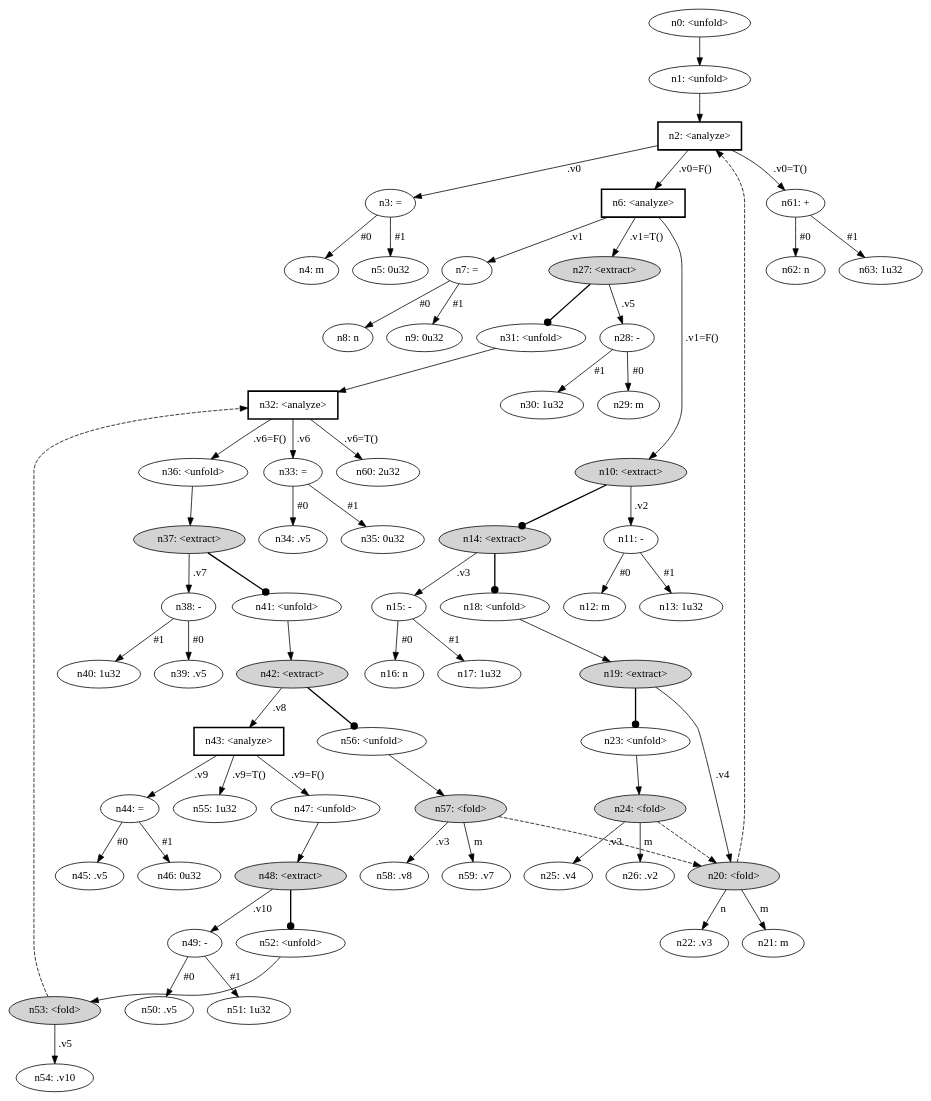
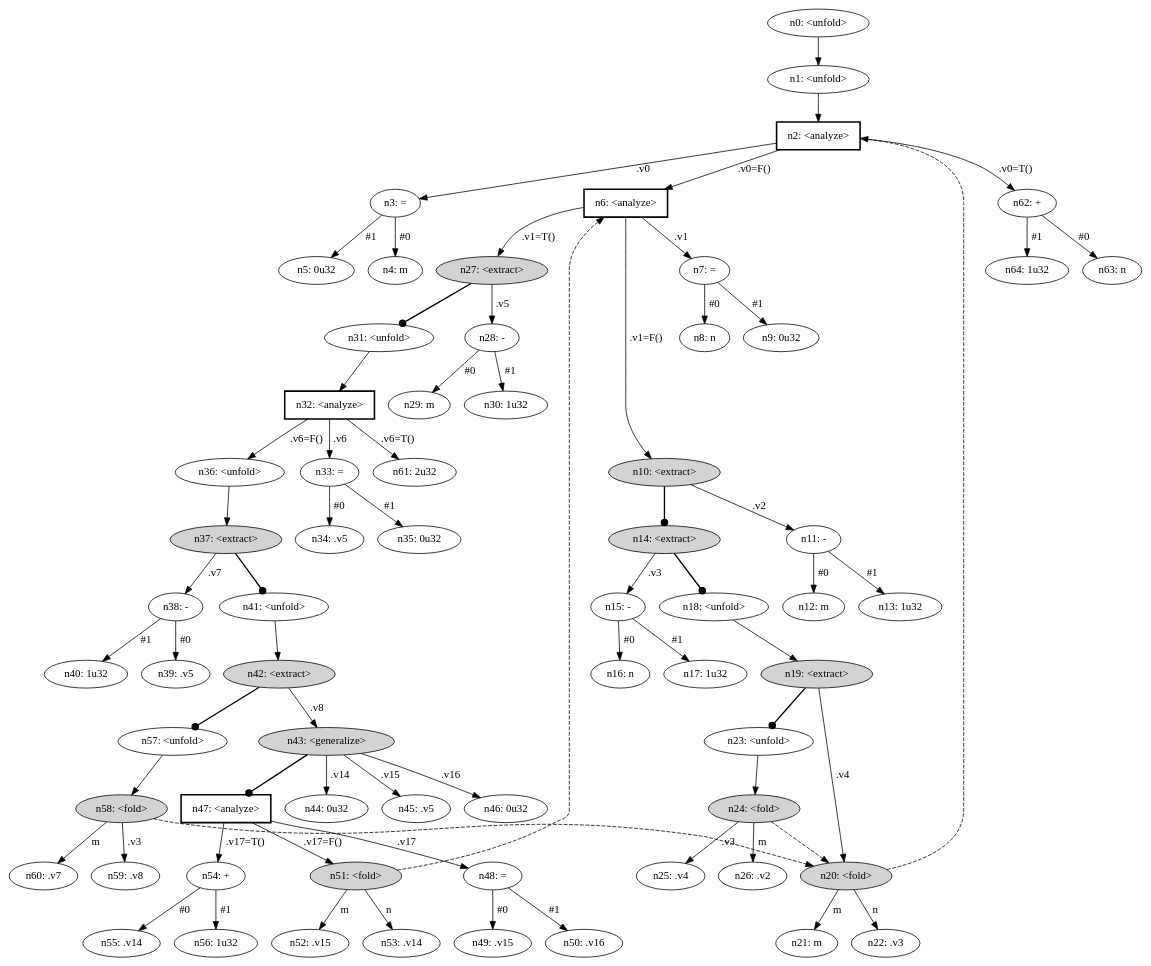
Before and after one commit to hirrolot/mazeppa: the diagram in examples/ackermann/target/graph.dot, drawn with Graphviz. The commit also changed 14 other files, not shown here.

```diff
--- a/examples/ackermann/target/graph.dot
+++ b/examples/ackermann/target/graph.dot
@@ -1,135 +1,137 @@
 digraph {
     node [fontname="bold helvetica"];
     edge [fontname="bold helvetica"];
     n0 [label="n0: <unfold>"];
     n1 [label="n1: <unfold>"];
     n0 -> n1;
     n2 [label="n2: <analyze>"] [shape=box style=bold];
     n1 -> n2;
     n3 [label="n3: ="];
     n2 -> n3 [label=" .v0 "];
     n4 [label="n4: m"];
     n3 -> n4 [label=" #0 "];
     n5 [label="n5: 0u32"];
     n3 -> n5 [label=" #1 "];
     n6 [label="n6: <analyze>"] [shape=box style=bold];
     n2 -> n6 [label=" .v0=F() "];
     n7 [label="n7: ="];
     n6 -> n7 [label=" .v1 "];
     n8 [label="n8: n"];
     n7 -> n8 [label=" #0 "];
     n9 [label="n9: 0u32"];
     n7 -> n9 [label=" #1 "];
     n10 [label="n10: <extract>"] [style=filled];
     n6 -> n10 [label=" .v1=F() "];
     n11 [label="n11: -"];
     n10 -> n11 [label=" .v2 "];
     n12 [label="n12: m"];
     n11 -> n12 [label=" #0 "];
     n13 [label="n13: 1u32"];
     n11 -> n13 [label=" #1 "];
     n14 [label="n14: <extract>"] [style=filled];
     n10 -> n14 [penwidth=1.7 arrowhead=dot];
     n15 [label="n15: -"];
     n14 -> n15 [label=" .v3 "];
     n16 [label="n16: n"];
     n15 -> n16 [label=" #0 "];
     n17 [label="n17: 1u32"];
     n15 -> n17 [label=" #1 "];
     n18 [label="n18: <unfold>"];
     n14 -> n18 [penwidth=1.7 arrowhead=dot];
     n19 [label="n19: <extract>"] [style=filled];
     n18 -> n19;
     n20 [label="n20: <fold>"] [style=filled];
     n19 -> n20 [label=" .v4 "];
     n20 -> n2 [style=dashed];
     n21 [label="n21: m"];
     n20 -> n21 [label=" m "];
     n22 [label="n22: .v3"];
     n20 -> n22 [label=" n "];
     n23 [label="n23: <unfold>"];
     n19 -> n23 [penwidth=1.7 arrowhead=dot];
     n24 [label="n24: <fold>"] [style=filled];
     n23 -> n24;
     n24 -> n20 [style=dashed];
     n25 [label="n25: .v4"];
     n24 -> n25 [label=" .v3 "];
     n26 [label="n26: .v2"];
     n24 -> n26 [label=" m "];
     n27 [label="n27: <extract>"] [style=filled];
     n6 -> n27 [label=" .v1=T() "];
     n28 [label="n28: -"];
     n27 -> n28 [label=" .v5 "];
     n29 [label="n29: m"];
     n28 -> n29 [label=" #0 "];
     n30 [label="n30: 1u32"];
     n28 -> n30 [label=" #1 "];
     n31 [label="n31: <unfold>"];
     n27 -> n31 [penwidth=1.7 arrowhead=dot];
     n32 [label="n32: <analyze>"] [shape=box style=bold];
     n31 -> n32;
     n33 [label="n33: ="];
     n32 -> n33 [label=" .v6 "];
     n34 [label="n34: .v5"];
     n33 -> n34 [label=" #0 "];
     n35 [label="n35: 0u32"];
     n33 -> n35 [label=" #1 "];
     n36 [label="n36: <unfold>"];
     n32 -> n36 [label=" .v6=F() "];
     n37 [label="n37: <extract>"] [style=filled];
     n36 -> n37;
     n38 [label="n38: -"];
     n37 -> n38 [label=" .v7 "];
     n39 [label="n39: .v5"];
     n38 -> n39 [label=" #0 "];
     n40 [label="n40: 1u32"];
     n38 -> n40 [label=" #1 "];
     n41 [label="n41: <unfold>"];
     n37 -> n41 [penwidth=1.7 arrowhead=dot];
     n42 [label="n42: <extract>"] [style=filled];
     n41 -> n42;
-    n43 [label="n43: <analyze>"] [shape=box style=bold];
+    n43 [label="n43: <generalize>"] [style=filled];
     n42 -> n43 [label=" .v8 "];
-    n44 [label="n44: ="];
-    n43 -> n44 [label=" .v9 "];
+    n44 [label="n44: 0u32"];
+    n43 -> n44 [label=" .v14 "];
     n45 [label="n45: .v5"];
-    n44 -> n45 [label=" #0 "];
+    n43 -> n45 [label=" .v15 "];
     n46 [label="n46: 0u32"];
-    n44 -> n46 [label=" #1 "];
-    n47 [label="n47: <unfold>"];
-    n43 -> n47 [label=" .v9=F() "];
-    n48 [label="n48: <extract>"] [style=filled];
-    n47 -> n48;
-    n49 [label="n49: -"];
-    n48 -> n49 [label=" .v10 "];
-    n50 [label="n50: .v5"];
-    n49 -> n50 [label=" #0 "];
-    n51 [label="n51: 1u32"];
-    n49 -> n51 [label=" #1 "];
-    n52 [label="n52: <unfold>"];
-    n48 -> n52 [penwidth=1.7 arrowhead=dot];
-    n53 [label="n53: <fold>"] [style=filled];
-    n52 -> n53;
-    n53 -> n32 [style=dashed];
-    n54 [label="n54: .v10"];
-    n53 -> n54 [label=" .v5 "];
-    n55 [label="n55: 1u32"];
-    n43 -> n55 [label=" .v9=T() "];
-    n56 [label="n56: <unfold>"];
-    n42 -> n56 [penwidth=1.7 arrowhead=dot];
-    n57 [label="n57: <fold>"] [style=filled];
-    n56 -> n57;
-    n57 -> n20 [style=dashed];
-    n58 [label="n58: .v8"];
-    n57 -> n58 [label=" .v3 "];
-    n59 [label="n59: .v7"];
-    n57 -> n59 [label=" m "];
-    n60 [label="n60: 2u32"];
-    n32 -> n60 [label=" .v6=T() "];
-    n61 [label="n61: +"];
-    n2 -> n61 [label=" .v0=T() "];
-    n62 [label="n62: n"];
-    n61 -> n62 [label=" #0 "];
-    n63 [label="n63: 1u32"];
-    n61 -> n63 [label=" #1 "];
+    n43 -> n46 [label=" .v16 "];
+    n47 [label="n47: <analyze>"] [shape=box style=bold];
+    n43 -> n47 [penwidth=1.7 arrowhead=dot];
+    n48 [label="n48: ="];
+    n47 -> n48 [label=" .v17 "];
+    n49 [label="n49: .v15"];
+    n48 -> n49 [label=" #0 "];
+    n50 [label="n50: .v16"];
+    n48 -> n50 [label=" #1 "];
+    n51 [label="n51: <fold>"] [style=filled];
+    n47 -> n51 [label=" .v17=F() "];
+    n51 -> n6 [style=dashed];
+    n52 [label="n52: .v15"];
+    n51 -> n52 [label=" m "];
+    n53 [label="n53: .v14"];
+    n51 -> n53 [label=" n "];
+    n54 [label="n54: +"];
+    n47 -> n54 [label=" .v17=T() "];
+    n55 [label="n55: .v14"];
+    n54 -> n55 [label=" #0 "];
+    n56 [label="n56: 1u32"];
+    n54 -> n56 [label=" #1 "];
+    n57 [label="n57: <unfold>"];
+    n42 -> n57 [penwidth=1.7 arrowhead=dot];
+    n58 [label="n58: <fold>"] [style=filled];
+    n57 -> n58;
+    n58 -> n20 [style=dashed];
+    n59 [label="n59: .v8"];
+    n58 -> n59 [label=" .v3 "];
+    n60 [label="n60: .v7"];
+    n58 -> n60 [label=" m "];
+    n61 [label="n61: 2u32"];
+    n32 -> n61 [label=" .v6=T() "];
+    n62 [label="n62: +"];
+    n2 -> n62 [label=" .v0=T() "];
+    n63 [label="n63: n"];
+    n62 -> n63 [label=" #0 "];
+    n64 [label="n64: 1u32"];
+    n62 -> n64 [label=" #1 "];
 }
```
